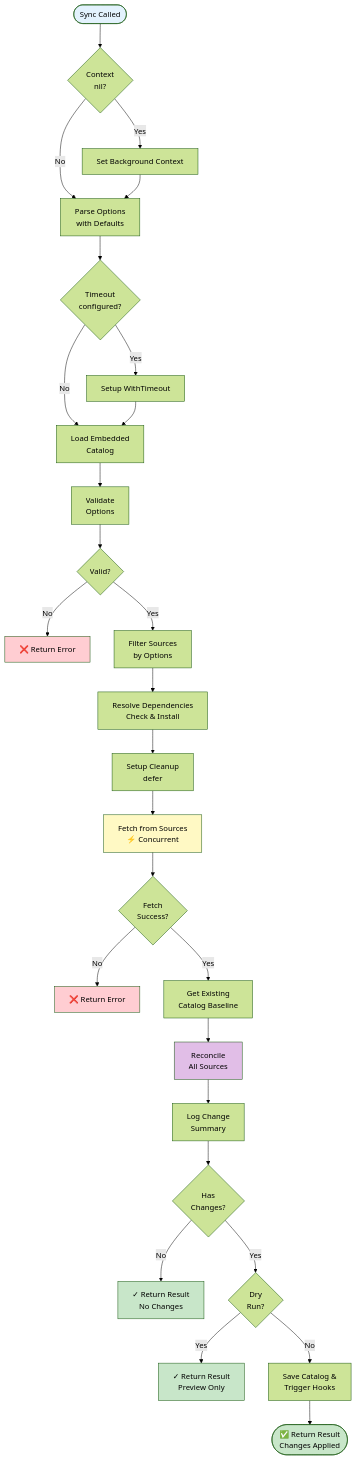
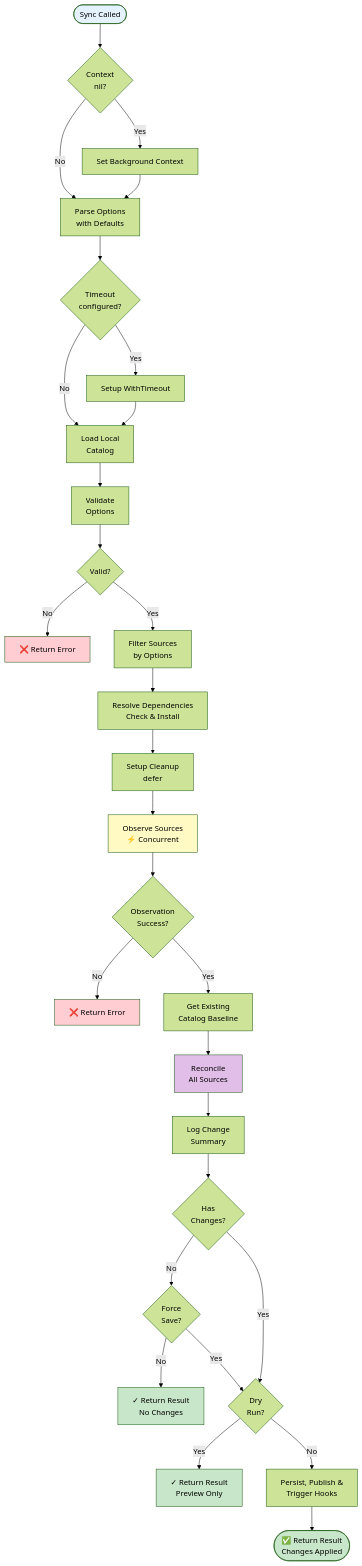
Before and after one commit to agentstation/starmap: the fifth of 8 diagrams in docs/ARCHITECTURE.md, drawn with Mermaid (forest theme). The commit also changed other lines of this file and 541 other files, not shown here.

````diff
--- a/docs/ARCHITECTURE.md
+++ b/docs/ARCHITECTURE.md
@@ -700,45 +1122,47 @@
 ```mermaid
 flowchart TD
     Start([Sync Called]) --> S1{Context<br/>nil?}
     S1 -->|Yes| S1B[Set Background Context]
     S1 -->|No| S2
     S1B --> S2[Parse Options<br/>with Defaults]
 
     S2 --> S3{Timeout<br/>configured?}
     S3 -->|Yes| S3B[Setup WithTimeout]
     S3 -->|No| S4
-    S3B --> S4[Load Embedded<br/>Catalog]
+    S3B --> S4[Load Local<br/>Catalog]
 
     S4 --> S5[Validate<br/>Options]
     S5 --> E1{Valid?}
     E1 -->|No| Error1[❌ Return Error]
     E1 -->|Yes| S6[Filter Sources<br/>by Options]
 
     S6 --> S7[Resolve Dependencies<br/>Check & Install]
     S7 --> S8[Setup Cleanup<br/>defer]
-    S8 --> S9[Fetch from Sources<br/>⚡ Concurrent]
+    S8 --> S9[Observe Sources<br/>⚡ Concurrent]
 
-    S9 --> E2{Fetch<br/>Success?}
+    S9 --> E2{Observation<br/>Success?}
     E2 -->|No| Error2[❌ Return Error]
     E2 -->|Yes| S10[Get Existing<br/>Catalog Baseline]
 
     S10 --> S11[Reconcile<br/>All Sources]
     S11 --> S12[Log Change<br/>Summary]
 
     S12 --> D1{Has<br/>Changes?}
-    D1 -->|No| End1[✓ Return Result<br/>No Changes]
+    D1 -->|No| D1B{Force<br/>Save?}
+    D1B -->|No| End1[✓ Return Result<br/>No Changes]
+    D1B -->|Yes| D2
     D1 -->|Yes| D2{Dry<br/>Run?}
     D2 -->|Yes| End2[✓ Return Result<br/>Preview Only]
-    D2 -->|No| S13[Save Catalog &<br/>Trigger Hooks]
+    D2 -->|No| S13[Persist, Publish &<br/>Trigger Hooks]
 
     S13 --> End3([✅ Return Result<br/>Changes Applied])
 
     style Start fill:#e3f2fd
     style Error1 fill:#ffcdd2
     style Error2 fill:#ffcdd2
     style S9 fill:#fff9c4
     style S11 fill:#e1bee7
     style End1 fill:#c8e6c9
     style End2 fill:#c8e6c9
     style End3 fill:#c8e6c9
 ```
````
